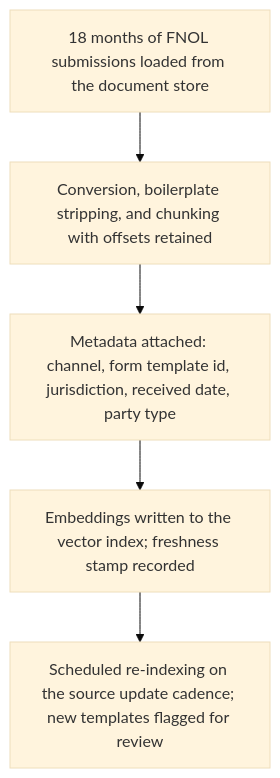
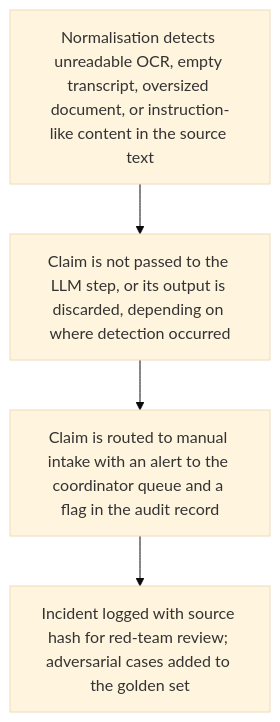
One commit to shanelabountyai/use-case-studio changed the third of 4 diagrams in docs/samples/insurance-fnol-intake.md. Above: the diagram before and after it, drawn with Mermaid (base theme). The commit also changed other lines of this file and 3 other files, not shown here.

````diff
--- a/docs/samples/insurance-fnol-intake.md
+++ b/docs/samples/insurance-fnol-intake.md
@@ -109,12 +109,10 @@
 ```mermaid
 flowchart TD
-  n2_0["18 months of FNOL submissions loaded from the document store"]
-  n2_1["Conversion, boilerplate stripping, and chunking with offsets retained"]
-  n2_2["Metadata attached: channel, form template id, jurisdiction, received date, party type"]
-  n2_3["Embeddings written to the vector index; freshness stamp recorded"]
-  n2_4["Scheduled re-indexing on the source update cadence; new templates flagged for review"]
+  n2_0["Normalisation detects unreadable OCR, empty transcript, oversized document, or instruction-like content in the source text"]
+  n2_1["Claim is not passed to the LLM step, or its output is discarded, depending on where detection occurred"]
+  n2_2["Claim is routed to manual intake with an alert to the coordinator queue and a flag in the audit record"]
+  n2_3["Incident logged with source hash for red-team review; adversarial cases added to the golden set"]
   n2_0 --> n2_1
   n2_1 --> n2_2
   n2_2 --> n2_3
-  n2_3 --> n2_4
 ```
````
